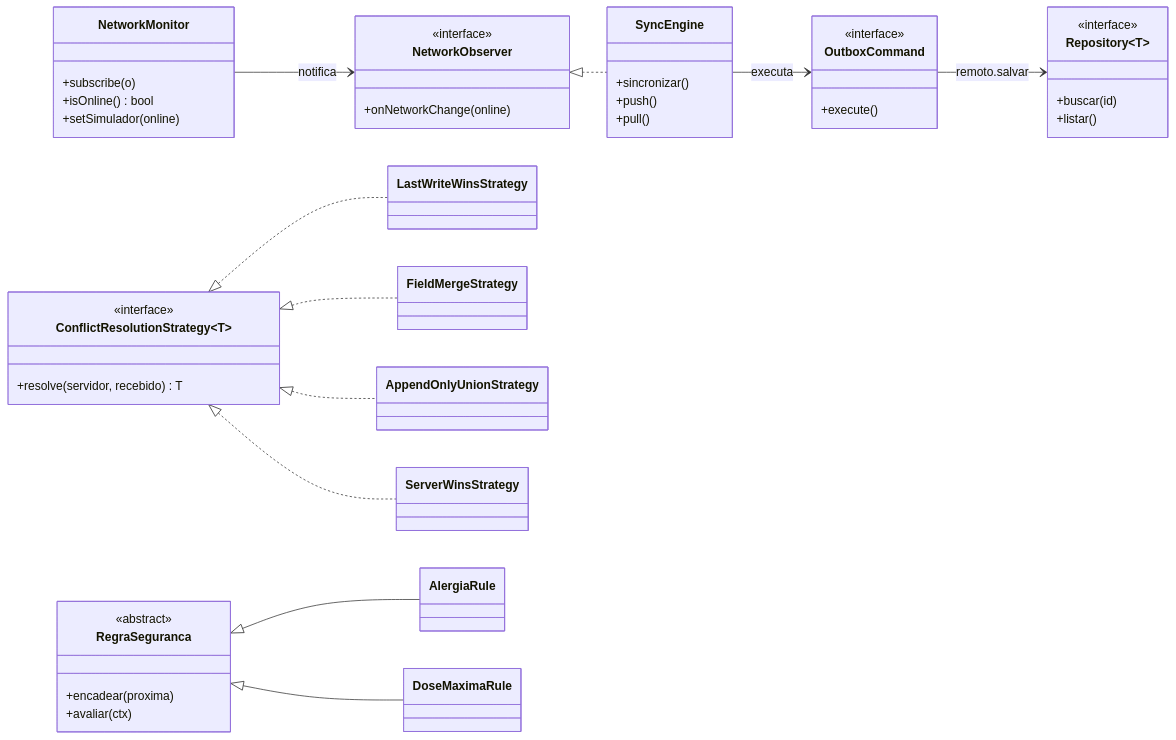
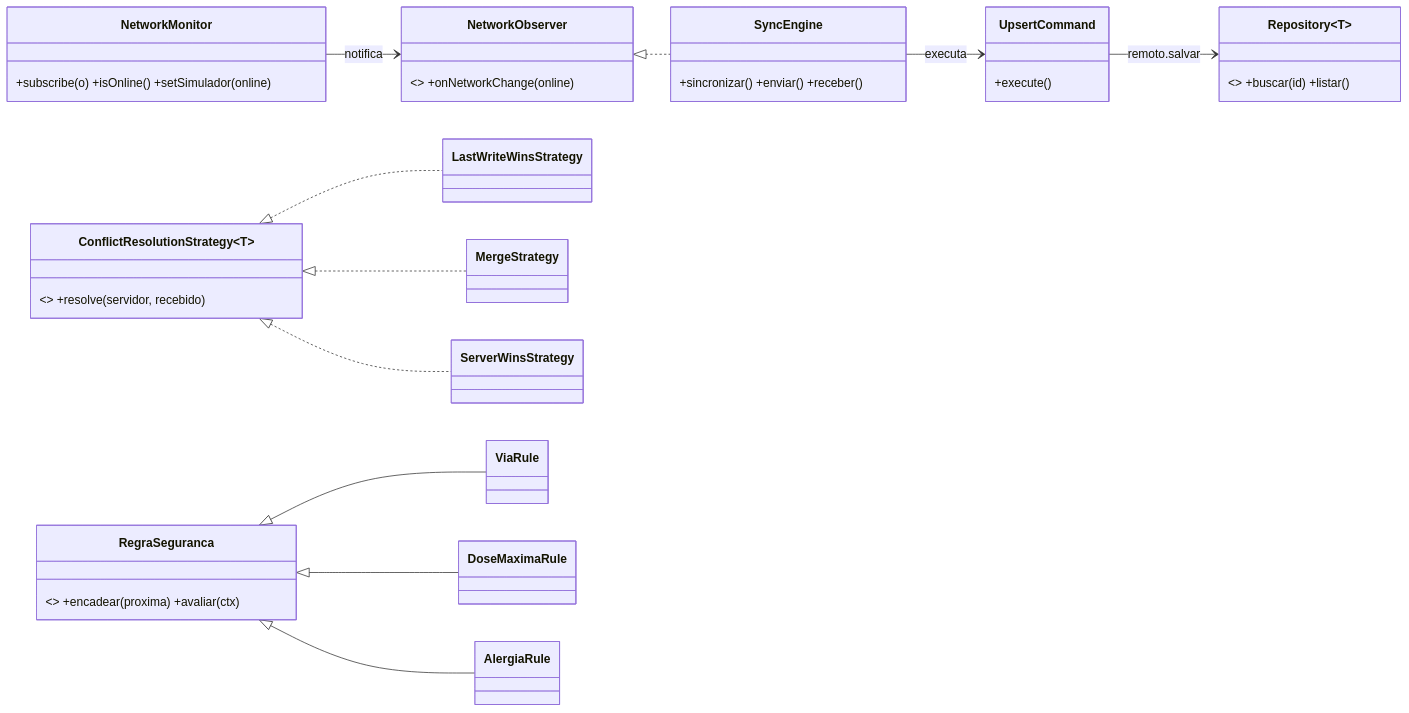
The fifth of 6 diagrams in docs/02-arquitetura.md (joaogehlen/MedicalField), drawn with Mermaid before and after one commit. The commit also changed other lines of this file and 40 other files, not shown here.

````diff
--- a/docs/02-arquitetura.md
+++ b/docs/02-arquitetura.md
@@ -174,46 +152,21 @@
 ```mermaid
 classDiagram
     direction LR
-    class NetworkMonitor {
-      +subscribe(o)
-      +isOnline() bool
-      +setSimulador(online)
-    }
-    class NetworkObserver {
-      <<interface>>
-      +onNetworkChange(online)
-    }
-    class SyncEngine {
-      +sincronizar()
-      +push()
-      +pull()
-    }
-    class OutboxCommand {
-      <<interface>>
-      +execute()
-    }
-    class Repository~T~ {
-      <<interface>>
-      +buscar(id)
-      +listar()
-    }
-    class ConflictResolutionStrategy~T~ {
-      <<interface>>
-      +resolve(servidor, recebido) T
-    }
-    class RegraSeguranca {
-      <<abstract>>
-      +encadear(proxima)
-      +avaliar(ctx)
-    }
+    class NetworkMonitor { +subscribe(o) +isOnline() +setSimulador(online) }
+    class NetworkObserver { <<interface>> +onNetworkChange(online) }
+    class SyncEngine { +sincronizar() +enviar() +receber() }
+    class UpsertCommand { +execute() }
+    class Repository~T~ { <<interface>> +buscar(id) +listar() }
+    class ConflictResolutionStrategy~T~ { <<interface>> +resolve(servidor, recebido) }
+    class RegraSeguranca { <<abstract>> +encadear(proxima) +avaliar(ctx) }
     NetworkObserver <|.. SyncEngine
     NetworkMonitor --> NetworkObserver : notifica
-    SyncEngine --> OutboxCommand : executa
-    OutboxCommand --> Repository~T~ : remoto.salvar
+    SyncEngine --> UpsertCommand : executa
+    UpsertCommand --> Repository~T~ : remoto.salvar
     ConflictResolutionStrategy <|.. LastWriteWinsStrategy
-    ConflictResolutionStrategy <|.. FieldMergeStrategy
-    ConflictResolutionStrategy <|.. AppendOnlyUnionStrategy
+    ConflictResolutionStrategy <|.. MergeStrategy
     ConflictResolutionStrategy <|.. ServerWinsStrategy
+    RegraSeguranca <|-- ViaRule
+    RegraSeguranca <|-- DoseMaximaRule
     RegraSeguranca <|-- AlergiaRule
-    RegraSeguranca <|-- DoseMaximaRule
 ```
````
